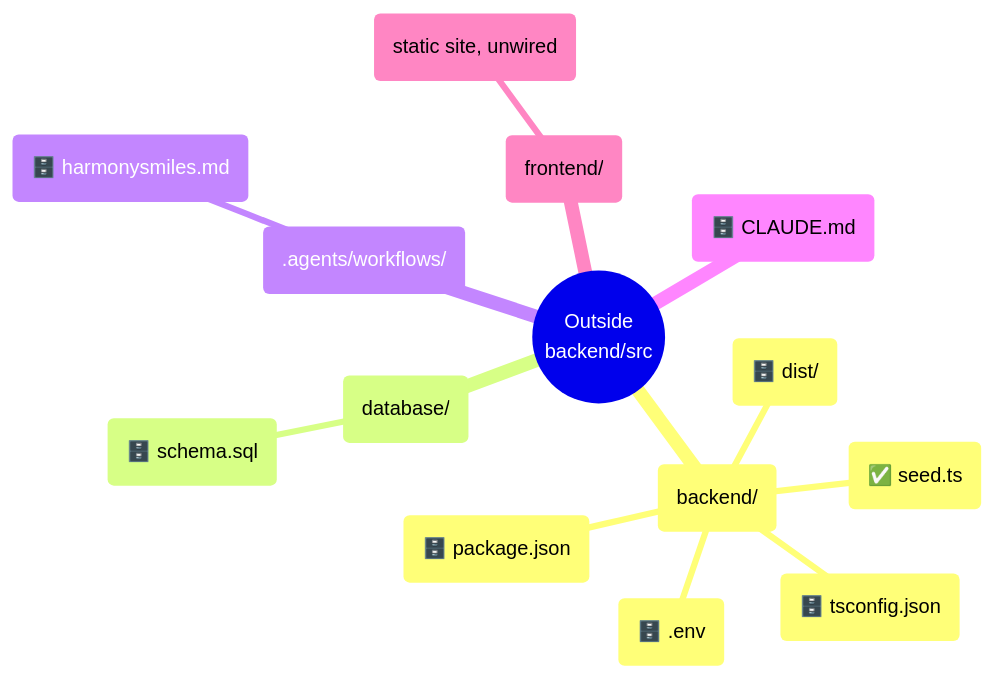
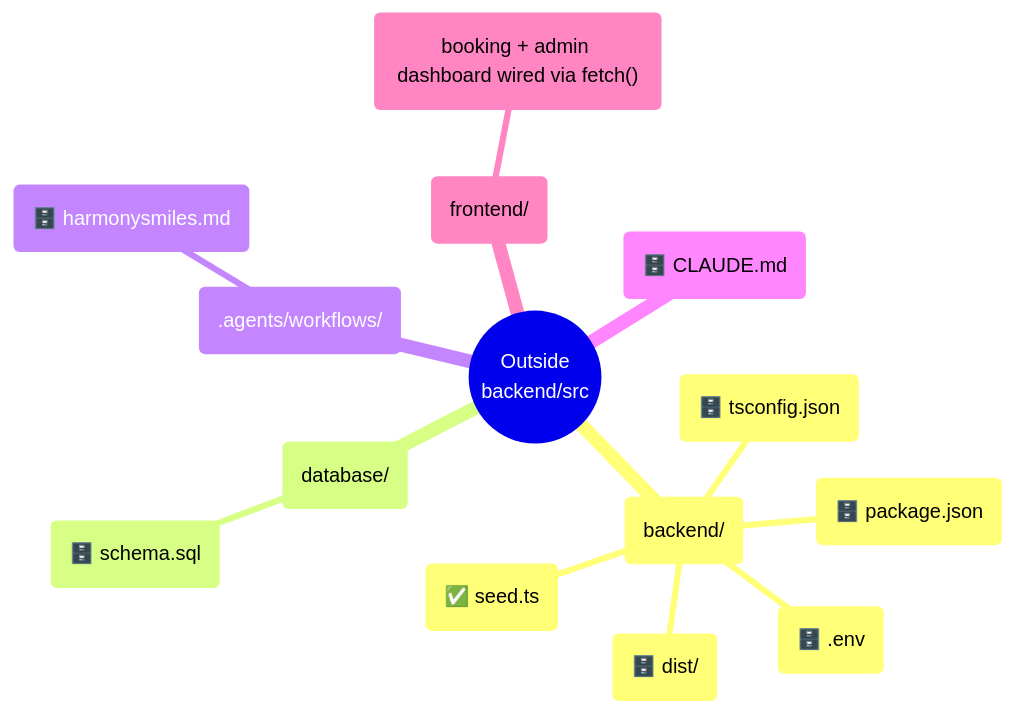
The second of 2 diagrams in ARCHITECTURE.md (BoudiHamed/HarmonySmiles), drawn with Mermaid before and after one commit. The commit also changed other lines of this file and 61 other files, not shown here.

````diff
--- a/ARCHITECTURE.md
+++ b/ARCHITECTURE.md
@@ -54,17 +54,17 @@
 ```mermaid
 mindmap
   root(("Outside<br/>backend/src"))
     ("backend/")
       ("🗄️ package.json")
       ("🗄️ tsconfig.json")
       ("🗄️ .env")
       ("✅ seed.ts")
       ("🗄️ dist/")
     ("database/")
       ("🗄️ schema.sql")
     (".agents/workflows/")
       ("🗄️ harmonysmiles.md")
     ("🗄️ CLAUDE.md")
     ("frontend/")
-      ("static site, unwired")
+      ("booking + admin dashboard wired via fetch()")
 ```
````
